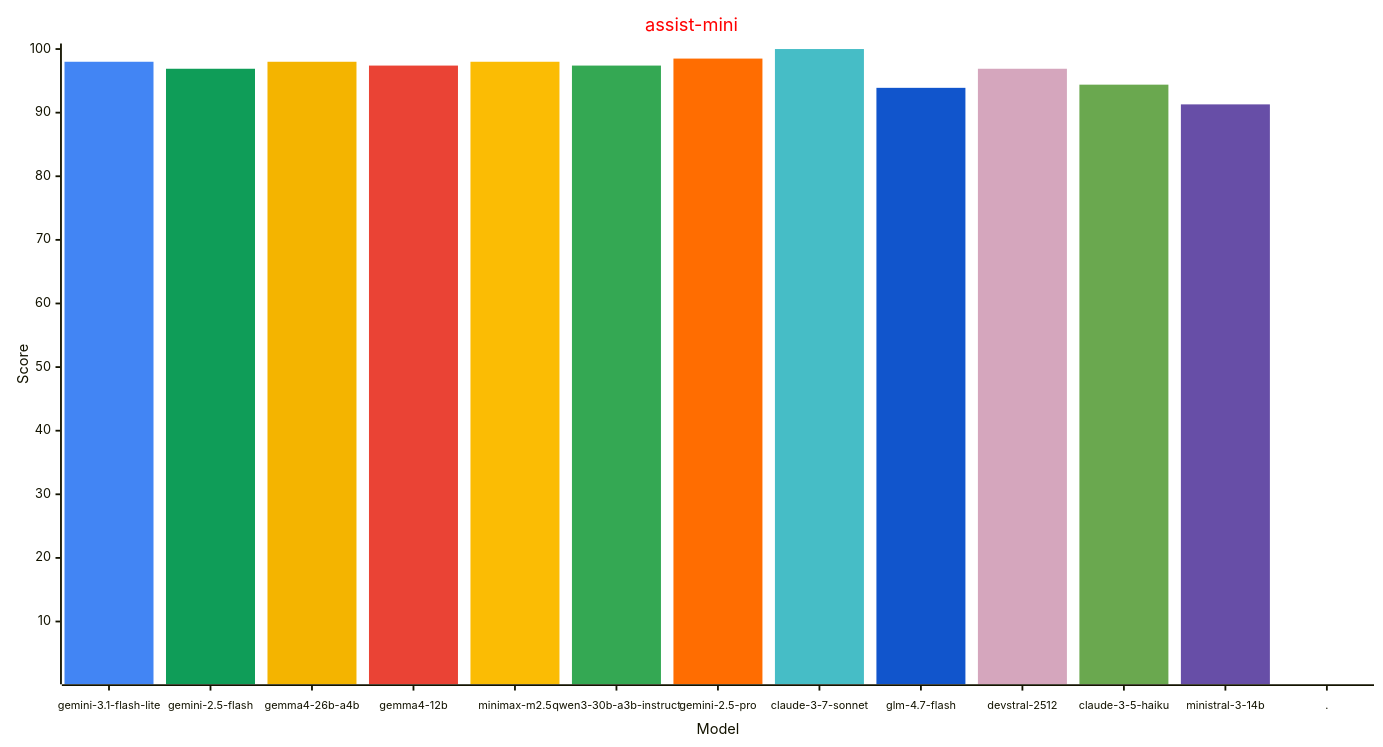
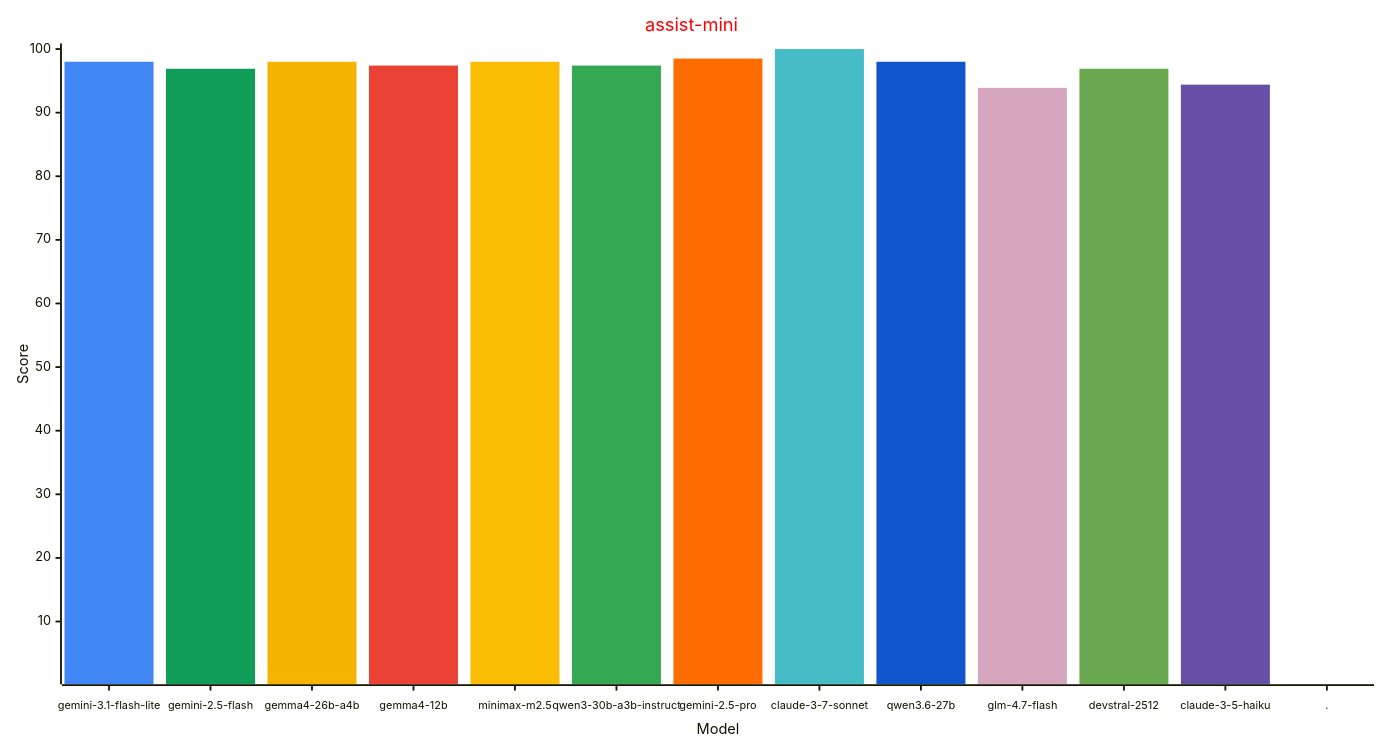
One commit to allenporter/home-assistant-datasets changed the second of 4 diagrams in reports/README.md. Above: the diagram before and after it, drawn with Mermaid. The commit also changed other lines of this file, not shown here.

````diff
--- a/reports/README.md
+++ b/reports/README.md
@@ -122,33 +123,33 @@
 ```mermaid
 ---
 config:
     xyChart:
         width: 1500
         height: 800
         xAxis:
           labelFontSize: 12
           labelPadding: 8
     themeVariables:
         xyChart:
             titleColor: "#ff0000"
             plotColorPalette: "#4285f4, #0f9d58, #f4b400, #ea4335, #fbbc04, #34a853, #ff6d01, #46bdc6, #1155cc, #d5a6bd, #6aa84f, #674ea7, #4285f4"
 
 ---
 xychart-beta
   title "assist-mini"
-  x-axis "Model" [gemini-3.1-flash-lite, gemini-2.5-flash, gemma4-26b-a4b, gemma4-12b, minimax-m2.5, qwen3-30b-a3b-instruct, gemini-2.5-pro, claude-3-7-sonnet, glm-4.7-flash, devstral-2512, claude-3-5-haiku, ministral-3-14b, .]
+  x-axis "Model" [gemini-3.1-flash-lite, gemini-2.5-flash, gemma4-26b-a4b, gemma4-12b, minimax-m2.5, qwen3-30b-a3b-instruct, gemini-2.5-pro, claude-3-7-sonnet, qwen3.6-27b, glm-4.7-flash, devstral-2512, claude-3-5-haiku, .]
   y-axis "Score" 1 --> 100
   bar [98.0, 0.0, 0.0, 0.0, 0.0, 0.0, 0.0, 0.0, 0.0, 0.0, 0.0, 0.0, 0.0]
   bar [0.0, 96.9, 0.0, 0.0, 0.0, 0.0, 0.0, 0.0, 0.0, 0.0, 0.0, 0.0, 0.0]
   bar [0.0, 0.0, 98.0, 0.0, 0.0, 0.0, 0.0, 0.0, 0.0, 0.0, 0.0, 0.0, 0.0]
   bar [0.0, 0.0, 0.0, 97.4, 0.0, 0.0, 0.0, 0.0, 0.0, 0.0, 0.0, 0.0, 0.0]
   bar [0.0, 0.0, 0.0, 0.0, 98.0, 0.0, 0.0, 0.0, 0.0, 0.0, 0.0, 0.0, 0.0]
   bar [0.0, 0.0, 0.0, 0.0, 0.0, 97.4, 0.0, 0.0, 0.0, 0.0, 0.0, 0.0, 0.0]
   bar [0.0, 0.0, 0.0, 0.0, 0.0, 0.0, 98.5, 0.0, 0.0, 0.0, 0.0, 0.0, 0.0]
   bar [0.0, 0.0, 0.0, 0.0, 0.0, 0.0, 0.0, 100.0, 0.0, 0.0, 0.0, 0.0, 0.0]
-  bar [0.0, 0.0, 0.0, 0.0, 0.0, 0.0, 0.0, 0.0, 93.9, 0.0, 0.0, 0.0, 0.0]
-  bar [0.0, 0.0, 0.0, 0.0, 0.0, 0.0, 0.0, 0.0, 0.0, 96.9, 0.0, 0.0, 0.0]
-  bar [0.0, 0.0, 0.0, 0.0, 0.0, 0.0, 0.0, 0.0, 0.0, 0.0, 94.4, 0.0, 0.0]
-  bar [0.0, 0.0, 0.0, 0.0, 0.0, 0.0, 0.0, 0.0, 0.0, 0.0, 0.0, 91.3, 0.0]
+  bar [0.0, 0.0, 0.0, 0.0, 0.0, 0.0, 0.0, 0.0, 98.0, 0.0, 0.0, 0.0, 0.0]
+  bar [0.0, 0.0, 0.0, 0.0, 0.0, 0.0, 0.0, 0.0, 0.0, 93.9, 0.0, 0.0, 0.0]
+  bar [0.0, 0.0, 0.0, 0.0, 0.0, 0.0, 0.0, 0.0, 0.0, 0.0, 96.9, 0.0, 0.0]
+  bar [0.0, 0.0, 0.0, 0.0, 0.0, 0.0, 0.0, 0.0, 0.0, 0.0, 0.0, 94.4, 0.0]
   bar [0.0, 0.0, 0.0, 0.0, 0.0, 0.0, 0.0, 0.0, 0.0, 0.0, 0.0, 0.0, -1.0]
 ```
````
